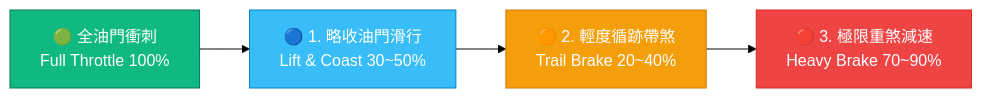
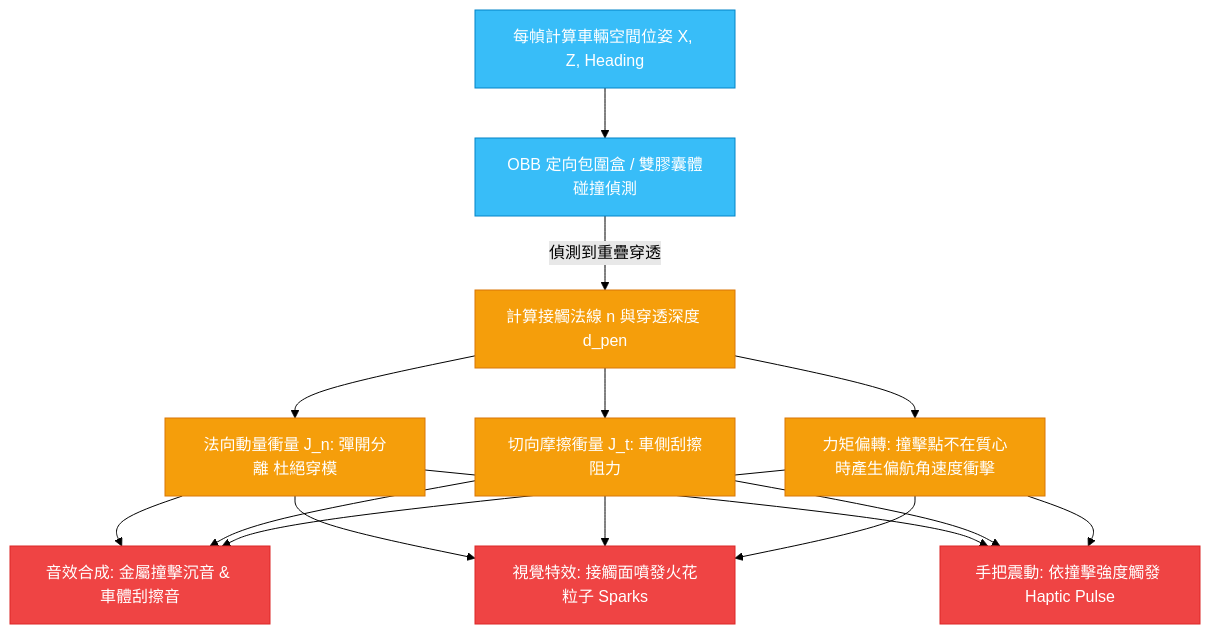
Before and after one commit to Raymond-luo-code/Apex-pro-racing: the second of 2 diagrams in OPTIMIZATION_PLAN.md, drawn with Mermaid (forest theme). The commit also changed other lines of this file and 1 other file, not shown here.

````diff
--- a/OPTIMIZATION_PLAN.md
+++ b/OPTIMIZATION_PLAN.md
@@ -91,11 +66,15 @@
 ```mermaid
-graph LR
-    classDef full fill:#10b981,stroke:#047857,color:#fff;
-    classDef lift fill:#38bdf8,stroke:#0284c7,color:#fff;
-    classDef trail fill:#f59e0b,stroke:#d97706,color:#fff;
-    classDef heavy fill:#ef4444,stroke:#dc2626,color:#fff;
+graph TD
+    classDef detect fill:#38bdf8,stroke:#0284c7,color:#fff;
+    classDef resolve fill:#f59e0b,stroke:#d97706,color:#fff;
+    classDef feedback fill:#ef4444,stroke:#dc2626,color:#fff;
 
-    P1[🟢 全油門衝刺<br>Full Throttle 100%]:::full --> P2[🔵 1. 略收油門滑行<br>Lift & Coast 30~50%]:::lift
-    P2 --> P3[🟠 2. 輕度循跡帶煞<br>Trail Brake 20~40%]:::trail
-    P3 --> P4[🔴 3. 極限重煞減速<br>Heavy Brake 70~90%]:::heavy
+    A[每幀計算車輛空間位姿 X, Z, Heading]:::detect --> B[OBB 定向包圍盒 / 雙膠囊體碰撞偵測]:::detect
+    B -- 偵測到重疊穿透 --> C[計算接觸法線 n 與穿透深度 d_pen]:::resolve
+    C --> D[法向動量衝量 J_n: 彈開分離 杜絕穿模]:::resolve
+    C --> E[切向摩擦衝量 J_t: 車側刮擦阻力]:::resolve
+    C --> F[力矩偏轉: 撞擊點不在質心時產生偏航角速度衝擊]:::resolve
+    D & E & F --> G[音效合成: 金屬撞擊沉音 & 車體刮擦音]:::feedback
+    D & E & F --> H[視覺特效: 接觸面噴發火花粒子 Sparks]:::feedback
+    D & E & F --> I[手把震動: 依撞擊強度觸發 Haptic Pulse]:::feedback
 ```
````
